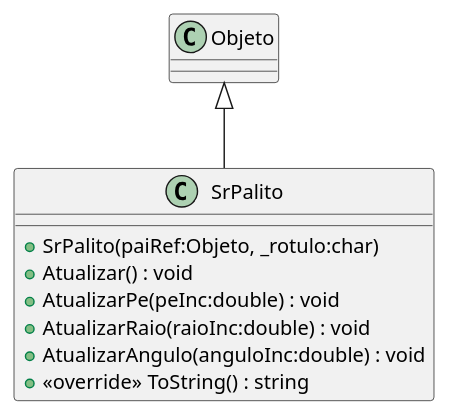
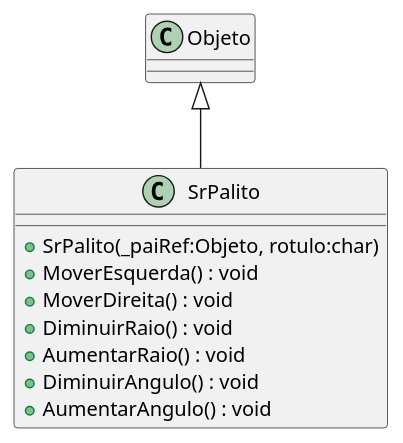
One commit to gcgfurb/CG_2024-2_not_equipe-09 changed the diagram in Unidade3/CG_N3_Exemplo/plantuml/SrPalito.puml. Above: the diagram before and after it, drawn with PlantUML. The commit also changed 14 other files, not shown here.

```diff
--- a/Unidade3/CG_N3_Exemplo/plantuml/SrPalito.puml
+++ b/Unidade3/CG_N3_Exemplo/plantuml/SrPalito.puml
@@ -1,11 +1,12 @@
-@startuml
+@startuml SrPalito
 class SrPalito {
-    + SrPalito(paiRef:Objeto, _rotulo:char)
-    + Atualizar() : void
-    + AtualizarPe(peInc:double) : void
-    + AtualizarRaio(raioInc:double) : void
-    + AtualizarAngulo(anguloInc:double) : void
-    + <<override>> ToString() : string
+    + SrPalito(_paiRef:Objeto, rotulo:char)
+    + MoverEsquerda() : void
+    + MoverDireita() : void
+    + DiminuirRaio() : void
+    + AumentarRaio() : void
+    + DiminuirAngulo() : void
+    + AumentarAngulo() : void
 }
 Objeto <|-- SrPalito
 @enduml
```
